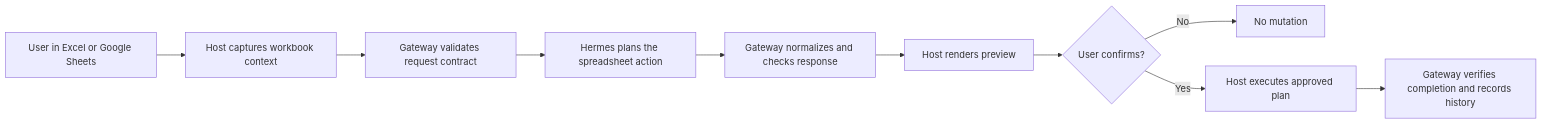
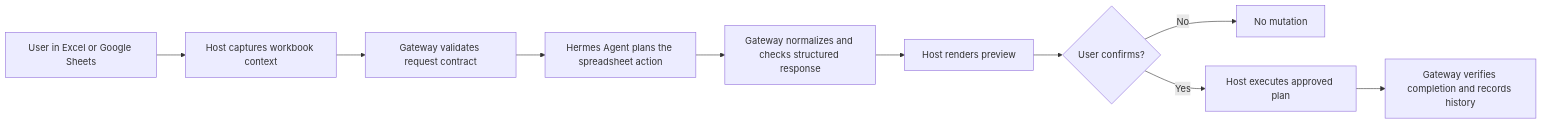
One commit to dieutx/hermes-spreadsheet-suite changed the first of 2 diagrams in README.md. Above: the diagram before and after it, drawn with Mermaid. The commit also changed other lines of this file, not shown here.

````diff
--- a/README.md
+++ b/README.md
@@ -39,12 +53,12 @@
 ```mermaid
 flowchart LR
     U[User in Excel or Google Sheets] --> H[Host captures workbook context]
     H --> G[Gateway validates request contract]
-    G --> A[Hermes plans the spreadsheet action]
-    A --> G2[Gateway normalizes and checks response]
+    G --> A[Hermes Agent plans the spreadsheet action]
+    A --> G2[Gateway normalizes and checks structured response]
     G2 --> P[Host renders preview]
     P --> C{User confirms?}
     C -- No --> X[No mutation]
     C -- Yes --> E[Host executes approved plan]
     E --> V[Gateway verifies completion and records history]
 ```
````
